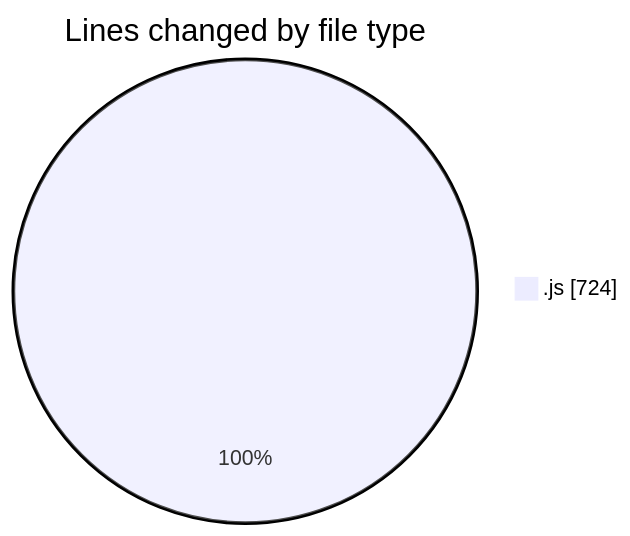
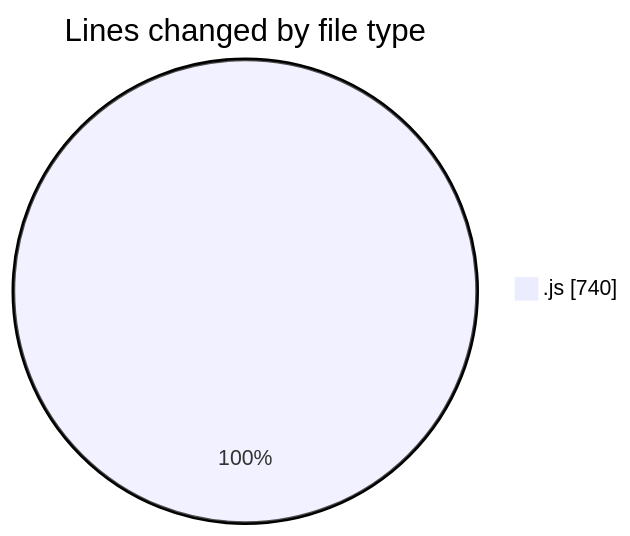
The first of 2 diagrams in 2025-07-10/mail-listener2-0_1_3/README.md (lephambinh05/code-tracking), drawn with Mermaid before and after one commit. The commit also changed other lines of this file and 1 other file, not shown here.

````diff
--- a/2025-07-10/mail-listener2-0_1_3/README.md
+++ b/2025-07-10/mail-listener2-0_1_3/README.md
@@ -23,5 +23,5 @@
 ```mermaid
 pie showData
 title Lines changed by file type
-".js" : 724
+".js" : 740
 ```
````
